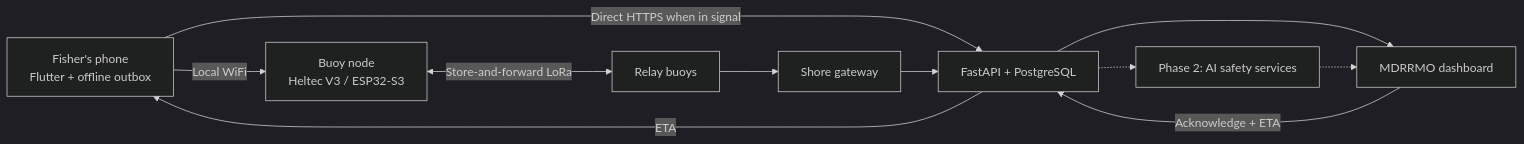
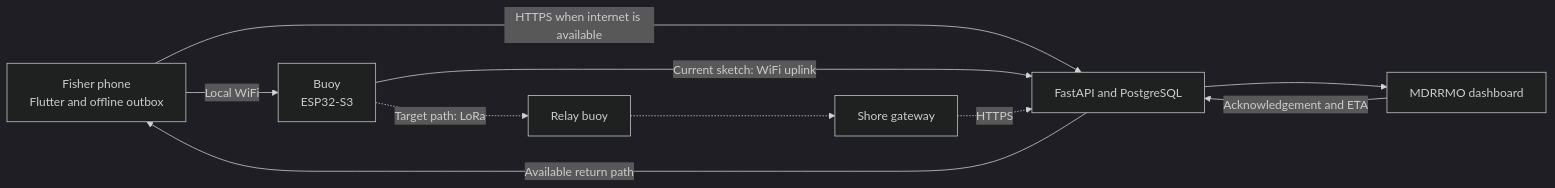
Before and after one commit to Aquanons/AIHackathon2026_Aquanons_AqOne: the diagram in README.md, drawn with Mermaid (dark theme). The commit also changed other lines of this file, not shown here.

````diff
--- a/README.md
+++ b/README.md
@@ -292,13 +48,12 @@
 ```mermaid
 flowchart LR
-    A["Fisher's phone<br/>Flutter + offline outbox"] -->|Local WiFi| B["Buoy node<br/>Heltec V3 / ESP32-S3"]
-    A -->|Direct HTTPS when in signal| E
-    B <-->|Store-and-forward LoRa| C["Relay buoys"]
-    C --> D["Shore gateway"]
-    D --> E["FastAPI + PostgreSQL"]
-    E --> G["MDRRMO dashboard"]
-    E -.-> F["Phase 2: AI safety services"]
-    F -.-> G
-    G -->|Acknowledge + ETA| E
-    E -->|ETA| A
+    P["Fisher phone<br/>Flutter and offline outbox"] -->|Local WiFi| B["Buoy<br/>ESP32-S3"]
+    P -->|HTTPS when internet is available| API["FastAPI and PostgreSQL"]
+    B -->|Current sketch: WiFi uplink| API
+    B -.->|Target path: LoRa| R["Relay buoy"]
+    R -.-> G["Shore gateway"]
+    G -.->|HTTPS| API
+    API --> D["MDRRMO dashboard"]
+    D -->|Acknowledgement and ETA| API
+    API -->|Available return path| P
 ```
````
